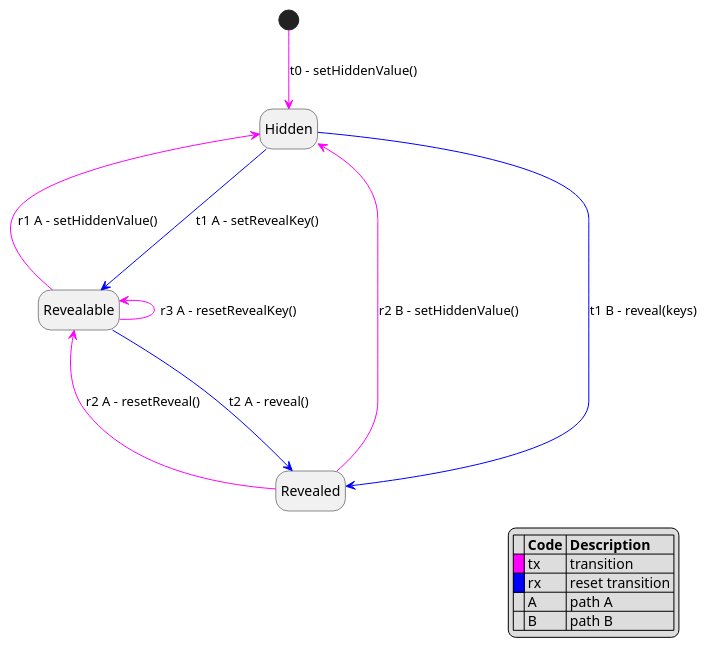
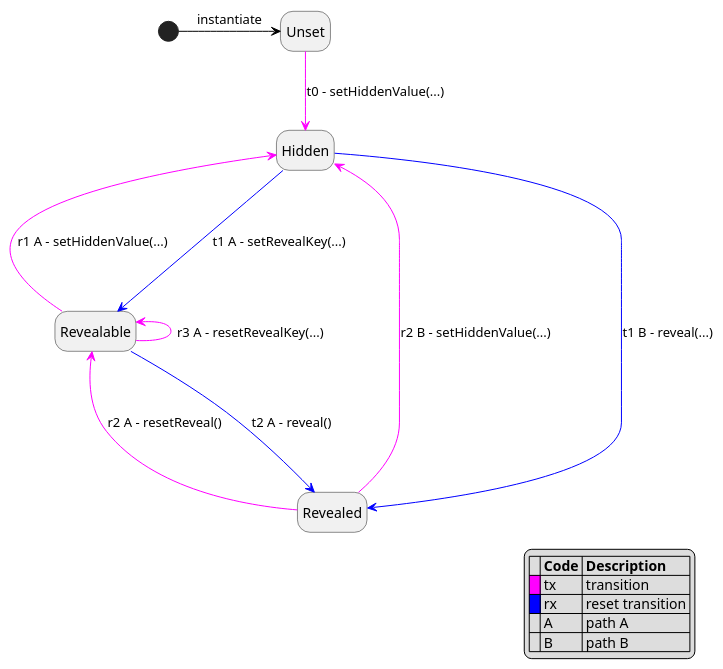
One commit to bortch/Revealable changed the diagram in docs/Revealable_state_details.puml. Above: the diagram before and after it, drawn with PlantUML. The commit also changed 6 other files, not shown here.

```diff
--- a/docs/Revealable_state_details.puml
+++ b/docs/Revealable_state_details.puml
@@ -1,22 +1,22 @@
 @startuml
 
 hide empty description
-
-[*] -[#Fuchsia]-> Hidden: t0 - setHiddenValue()
-Hidden -[#Blue]--> Revealable: t1 A - setRevealKey()
+[*] -[#Black]> Unset: instantiate
+Unset -[#Fuchsia]-> Hidden: t0 - setHiddenValue(...)
+Hidden -[#Blue]--> Revealable: t1 A - setRevealKey(...)
 Revealable -[#Blue]--> Revealed: t2 A - reveal()
-Hidden <-[#Fuchsia]- Revealable: r1 A - setHiddenValue()
-Revealable <-[#Fuchsia]- Revealable: r3 A - resetRevealKey()
+Hidden <-[#Fuchsia]- Revealable: r1 A - setHiddenValue(...)
+Revealable <-[#Fuchsia]- Revealable: r3 A - resetRevealKey(...)
 Revealable <-[#Fuchsia]- Revealed: r2 A - resetReveal()
-Hidden -[#Blue]-> Revealed : t1 B - reveal(keys)
-Hidden <-[#Fuchsia]- Revealed: r2 B - setHiddenValue()
+Hidden -[#Blue]-> Revealed : t1 B - reveal(...)
+Hidden <-[#Fuchsia]- Revealed: r2 B - setHiddenValue(...)
 
 legend right
 |= |= Code |= Description |
 |<back:#Fuchsia>   </back>| tx | transition  |
 |<back:#Blue>   </back>| rx | reset transition |
 |   | A   | path A           |
 |   | B   | path B           |
 endlegend
 
 @enduml
```
